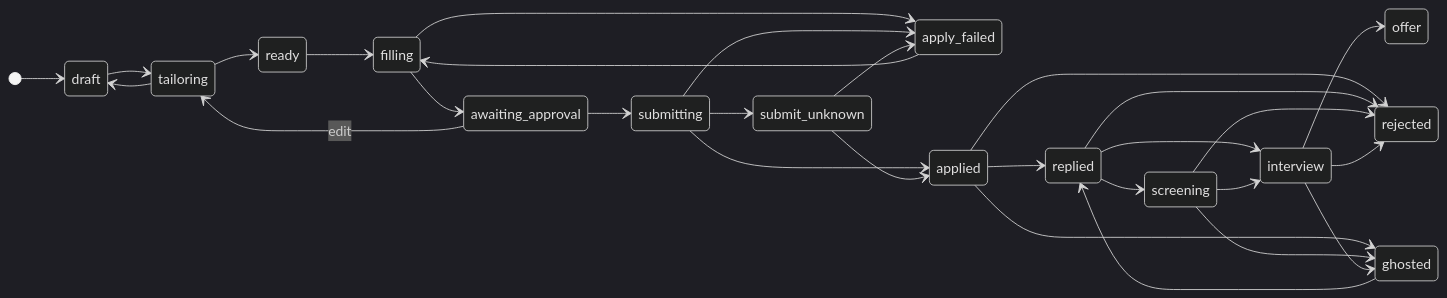
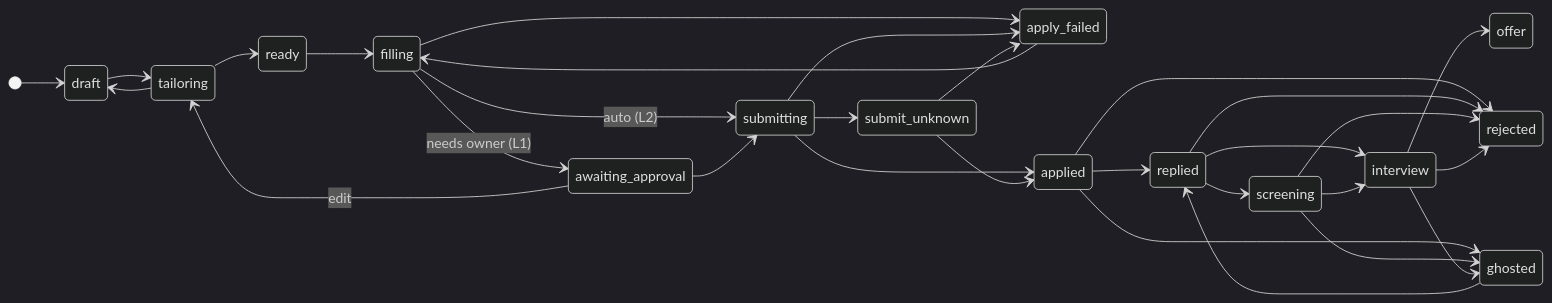
One commit to zhandosayupov/job-pipeline changed the fourth of 5 diagrams in docs/architecture.md. Above: the diagram before and after it, drawn with Mermaid (dark theme). The commit also changed other lines of this file and 31 other files, not shown here.

````diff
--- a/docs/architecture.md
+++ b/docs/architecture.md
@@ -156,32 +159,33 @@
 ```mermaid
 stateDiagram-v2
   direction LR
   [*] --> draft
   draft --> tailoring
   tailoring --> ready
   tailoring --> draft
   ready --> filling
-  filling --> awaiting_approval
+  filling --> submitting: auto (L2)
+  filling --> awaiting_approval: needs owner (L1)
   filling --> apply_failed
   awaiting_approval --> submitting
   awaiting_approval --> tailoring: edit
   submitting --> applied
   submitting --> apply_failed
   submitting --> submit_unknown
   submit_unknown --> applied
   submit_unknown --> apply_failed
   apply_failed --> filling
   applied --> replied
   applied --> rejected
   applied --> ghosted
   ghosted --> replied
   replied --> screening
   replied --> interview
   replied --> rejected
   screening --> interview
   screening --> rejected
   screening --> ghosted
   interview --> offer
   interview --> rejected
   interview --> ghosted
 ```
````
